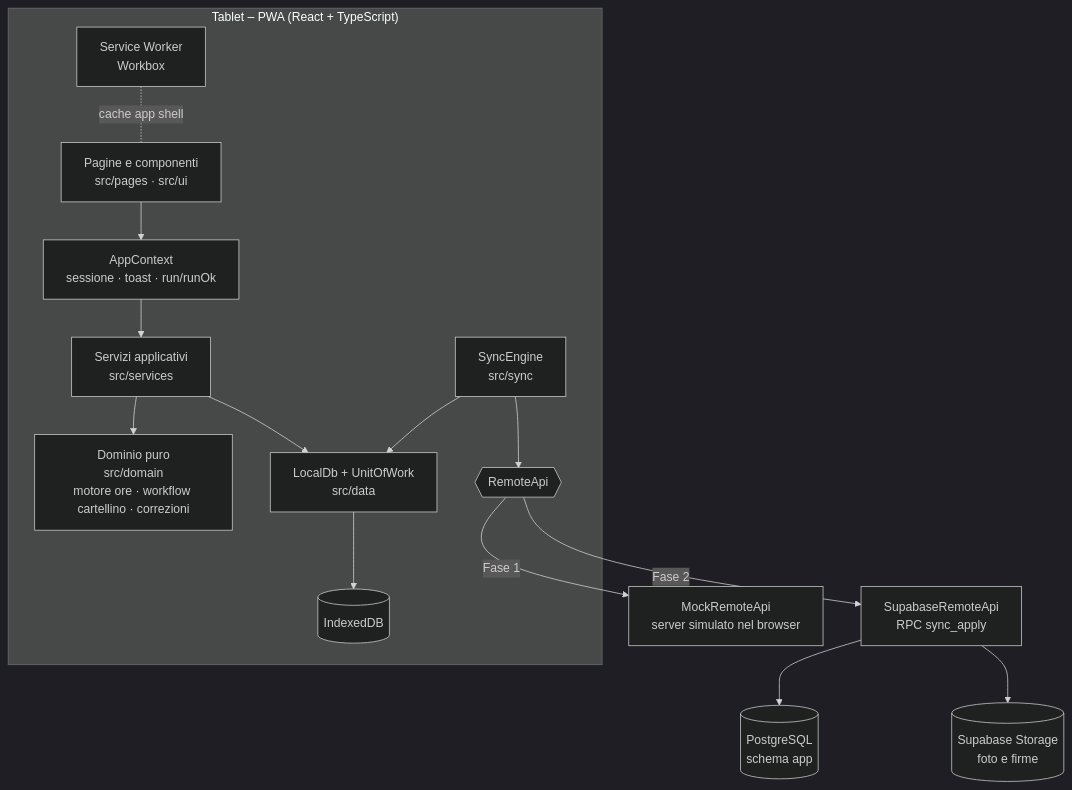
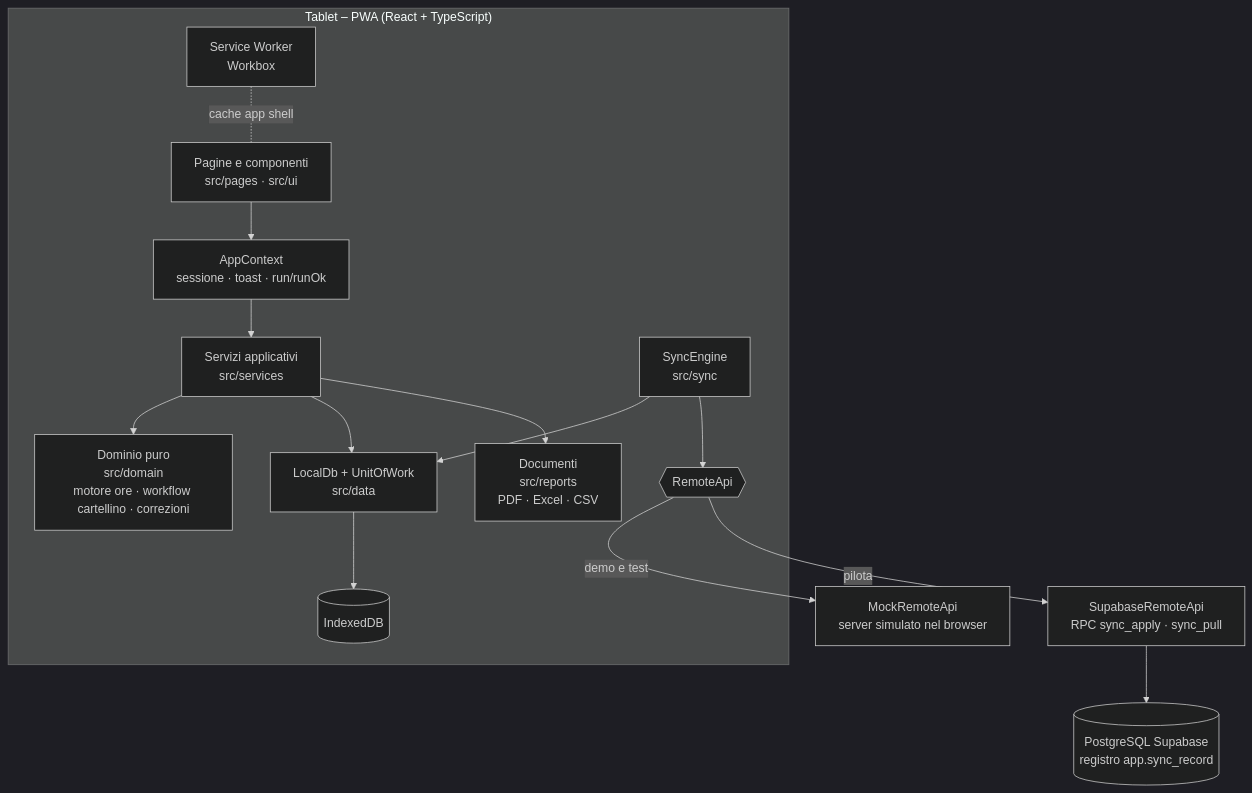
One commit to lcsoon93/worklog-app changed the first of 2 diagrams in docs/03-architettura.md. Above: the diagram before and after it, drawn with Mermaid (dark theme). The commit also changed other lines of this file and 48 other files, not shown here.

````diff
--- a/docs/03-architettura.md
+++ b/docs/03-architettura.md
@@ -5,17 +5,17 @@
 ```mermaid
 flowchart TB
   subgraph Tablet["Tablet – PWA (React + TypeScript)"]
     UI[Pagine e componenti<br/>src/pages · src/ui] --> CTX[AppContext<br/>sessione · toast · run/runOk]
     CTX --> SVC[Servizi applicativi<br/>src/services]
     SVC --> DOM[Dominio puro<br/>src/domain<br/>motore ore · workflow cartellino · correzioni]
     SVC --> LDB[LocalDb + UnitOfWork<br/>src/data]
     LDB --> IDB[(IndexedDB)]
     SYNC[SyncEngine<br/>src/sync] --> LDB
     SYNC --> API{{RemoteApi}}
+    SVC --> REP[Documenti<br/>src/reports<br/>PDF · Excel · CSV]
     SW[Service Worker<br/>Workbox] -.cache app shell.- UI
   end
-  API -->|Fase 1| MOCK[MockRemoteApi<br/>server simulato nel browser]
-  API -->|Fase 2| SB[SupabaseRemoteApi<br/>RPC sync_apply]
-  SB --> PG[(PostgreSQL<br/>schema app)]
-  SB --> ST[(Supabase Storage<br/>foto e firme)]
+  API -->|demo e test| MOCK[MockRemoteApi<br/>server simulato nel browser]
+  API -->|pilota| SB[SupabaseRemoteApi<br/>RPC sync_apply · sync_pull]
+  SB --> PG[(PostgreSQL Supabase<br/>registro app.sync_record)]
 ```
````
